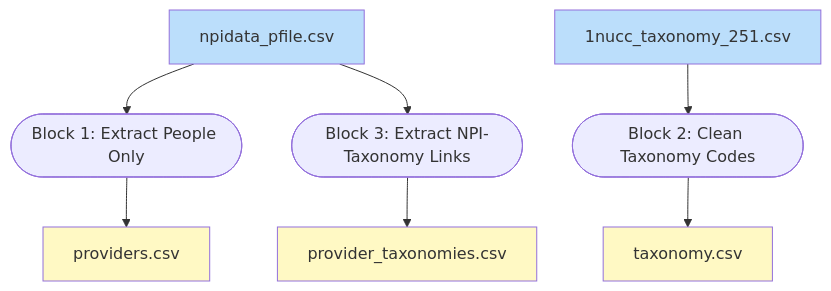
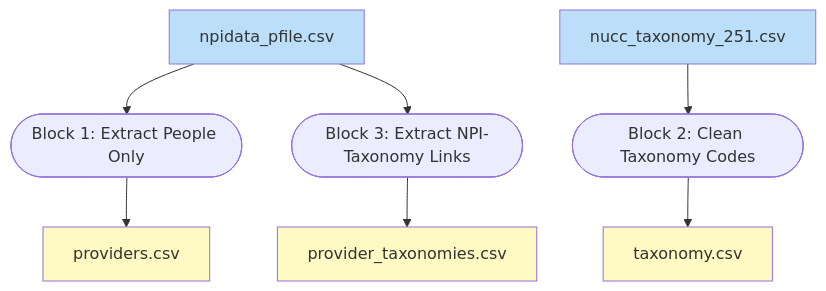
One commit to deiroshi/provider_lookup changed the diagram in main_data_flow.mmd. Above: the diagram before and after it, drawn with Mermaid.

```diff
--- a/main_data_flow.mmd
+++ b/main_data_flow.mmd
@@ -1,12 +1,12 @@
 flowchart TD
     A["npidata_pfile.csv"] --> B(["Block 1: Extract People Only"]) & D(["Block 3: Extract NPI-Taxonomy Links"])
     B --> C["providers.csv"]
     D --> E["provider_taxonomies.csv"]
-    F["1nucc_taxonomy_251.csv"] --> G(["Block 2: Clean Taxonomy Codes"])
+    F["nucc_taxonomy_251.csv"] --> G(["Block 2: Clean Taxonomy Codes"])
     G --> H["taxonomy.csv"]
 
     style A fill:#BBDEFB
     style C fill:#FFF9C4
     style E fill:#FFF9C4
     style F fill:#BBDEFB
     style H fill:#FFF9C4
```
